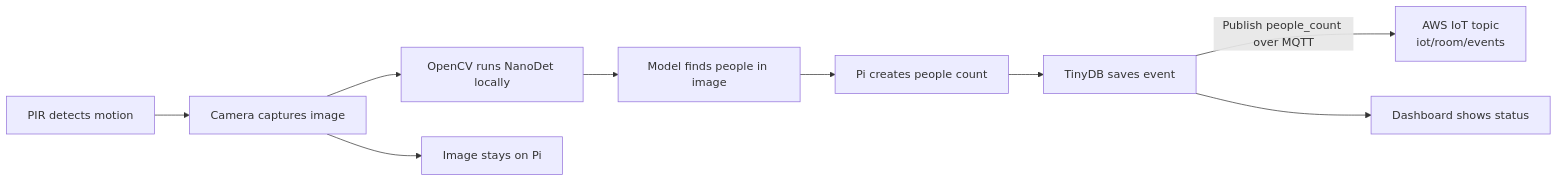
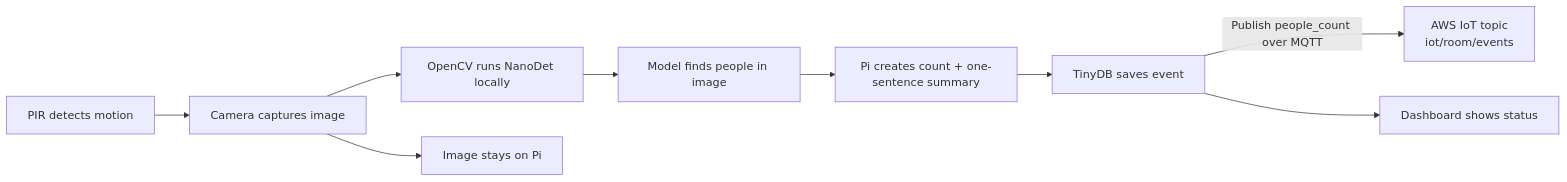
Before and after one commit to TheAditya123/iot-: the diagram in README.md, drawn with Mermaid. The commit also changed other lines of this file and 5 other files, not shown here.

````diff
--- a/README.md
+++ b/README.md
@@ -8,11 +8,11 @@
 ```mermaid
 flowchart LR
     A[PIR detects motion] --> B[Camera captures image]
     B --> C[OpenCV runs NanoDet locally]
     C --> D[Model finds people in image]
-    D --> E[Pi creates people count]
+    D --> E[Pi creates count + one-sentence summary]
     E --> F[TinyDB saves event]
     F -->|Publish people_count over MQTT| G[AWS IoT topic<br/>iot/room/events]
     F --> H[Dashboard shows status]
     B --> I[Image stays on Pi]
 ```
````
